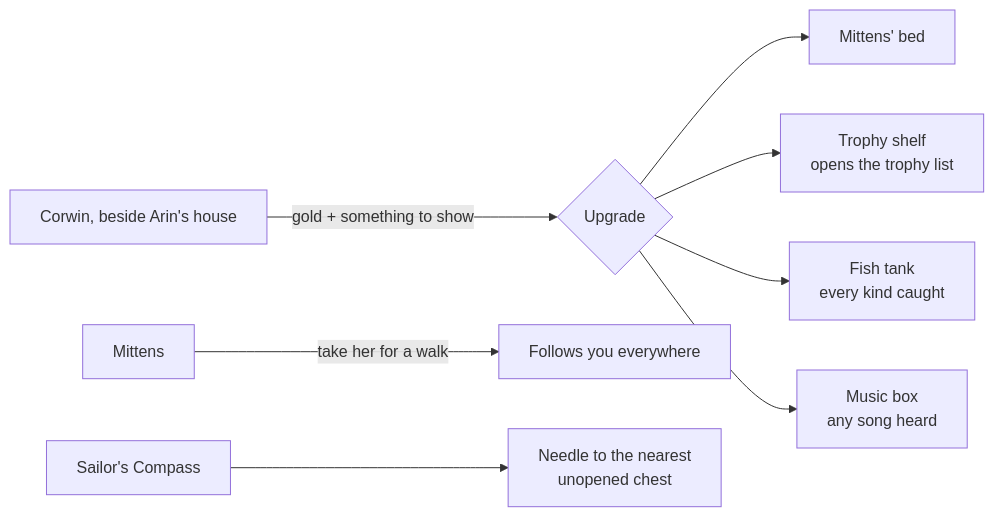
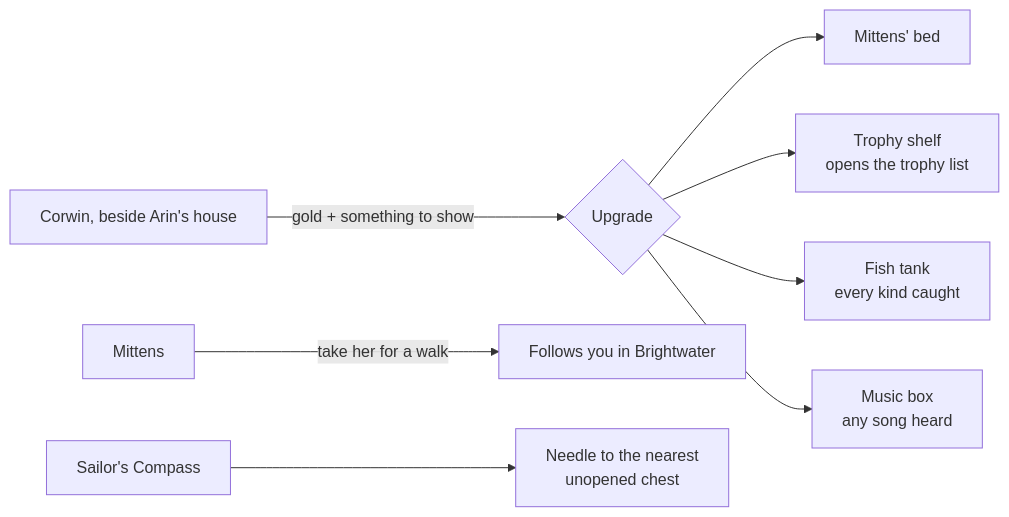
The tenth of 13 diagrams in ROADMAP.md (CptNope/Laternfall), drawn with Mermaid before and after one commit. The commit also changed other lines of this file and 1 other file, not shown here.

````diff
--- a/ROADMAP.md
+++ b/ROADMAP.md
@@ -368,10 +370,10 @@
 ```mermaid
 flowchart LR
     T[Corwin, beside Arin's house] -->|gold + something to show| U{Upgrade}
     U --> B[Mittens' bed]
     U --> S[Trophy shelf<br/>opens the trophy list]
     U --> Q[Fish tank<br/>every kind caught]
     U --> J[Music box<br/>any song heard]
-    M[Mittens] -->|take her for a walk| F[Follows you everywhere]
+    M[Mittens] -->|take her for a walk| F[Follows you in Brightwater]
     C[Sailor's Compass] --> N[Needle to the nearest<br/>unopened chest]
 ```
````
